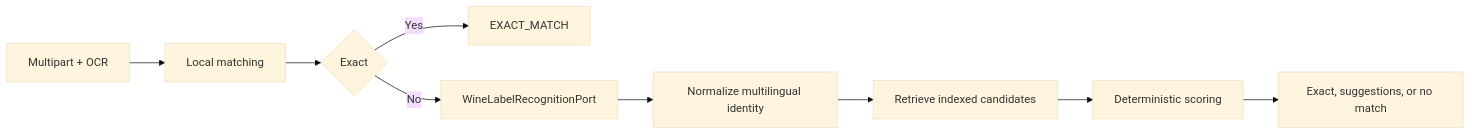
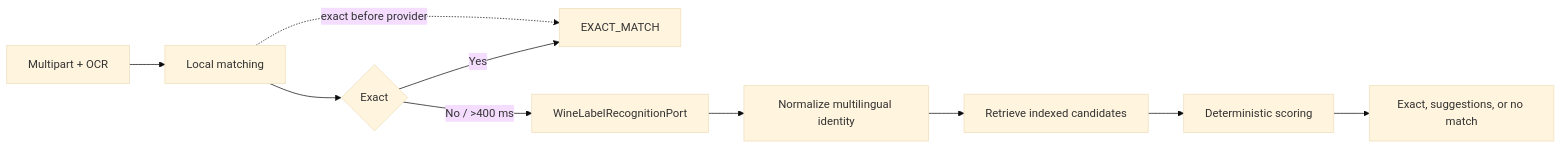
Before and after one commit to Bielaszczuk/vinnot-demo: the tenth of 10 diagrams in docs/en/modules/wines/architecture.md, drawn with Mermaid (base theme). The commit also changed other lines of this file and 18 other files, not shown here.

````diff
--- a/docs/en/modules/wines/architecture.md
+++ b/docs/en/modules/wines/architecture.md
@@ -870,11 +872,12 @@
 ```mermaid
 flowchart LR
     MP["Multipart + OCR"] --> LOCAL["Local matching"]
     LOCAL --> FAST{"Exact"}
     FAST -- Yes --> OUT["EXACT_MATCH"]
-    FAST -- No --> VISION["WineLabelRecognitionPort"]
+    FAST -- "No / >400 ms" --> VISION["WineLabelRecognitionPort"]
+    LOCAL -.->|"exact before provider"| OUT
     VISION --> NORMALIZE["Normalize multilingual identity"]
     NORMALIZE --> RETRIEVE["Retrieve indexed candidates"]
     RETRIEVE --> SCORE["Deterministic scoring"]
     SCORE --> DECIDE["Exact, suggestions, or no match"]
 ```
````
